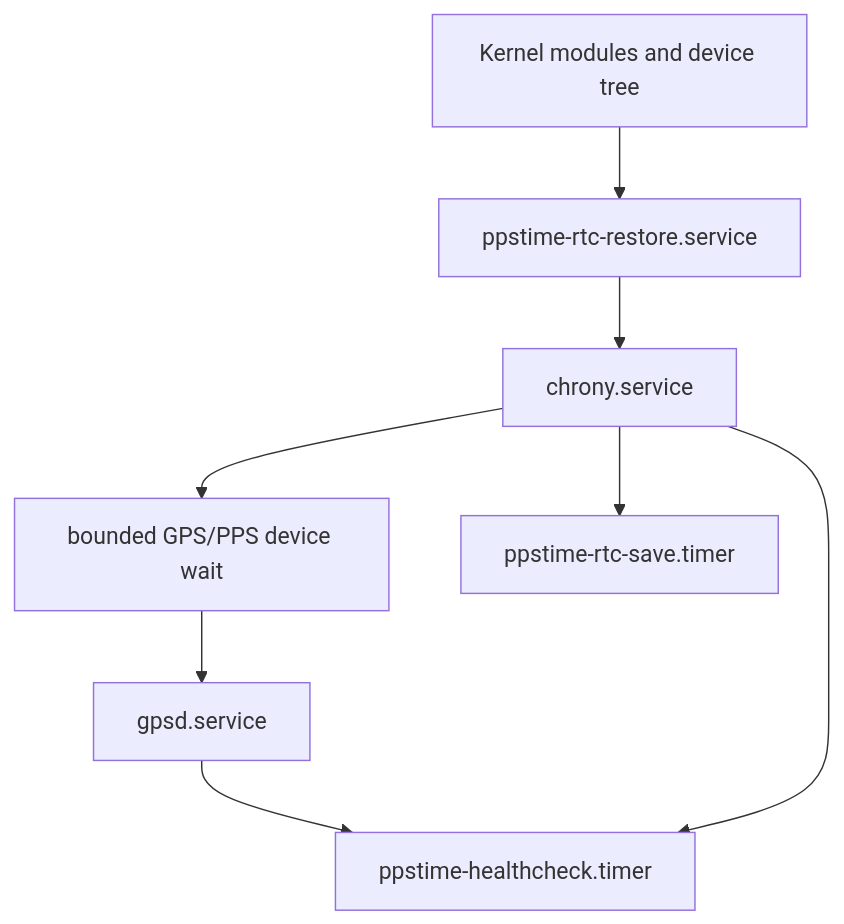
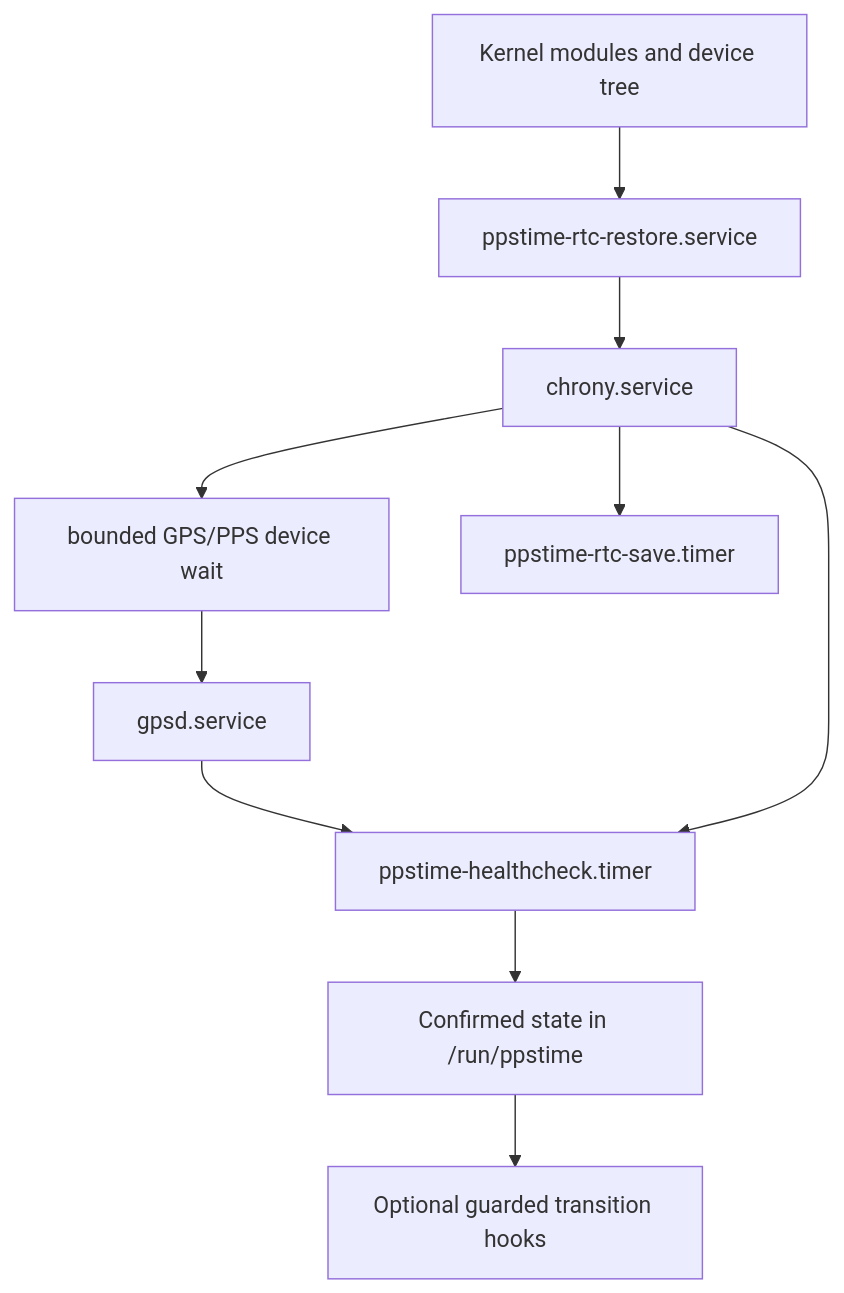
The second of 2 diagrams in docs/architecture.md (Bazsy/PPSPi), drawn with Mermaid before and after one commit. The commit also changed other lines of this file and 16 other files, not shown here.

````diff
--- a/docs/architecture.md
+++ b/docs/architecture.md
@@ -74,10 +74,12 @@
 ```mermaid
 graph TD
     Modules["Kernel modules and device tree"] --> RTC["ppstime-rtc-restore.service"]
     RTC --> Chrony["chrony.service"]
     Chrony --> Wait["bounded GPS/PPS device wait"]
     Wait --> GPSD["gpsd.service"]
     Chrony --> SaveTimer["ppstime-rtc-save.timer"]
     GPSD --> HealthTimer["ppstime-healthcheck.timer"]
     Chrony --> HealthTimer
+        HealthTimer --> HealthState["Confirmed state in /run/ppstime"]
+        HealthState --> Hooks["Optional guarded transition hooks"]
 ```
````
